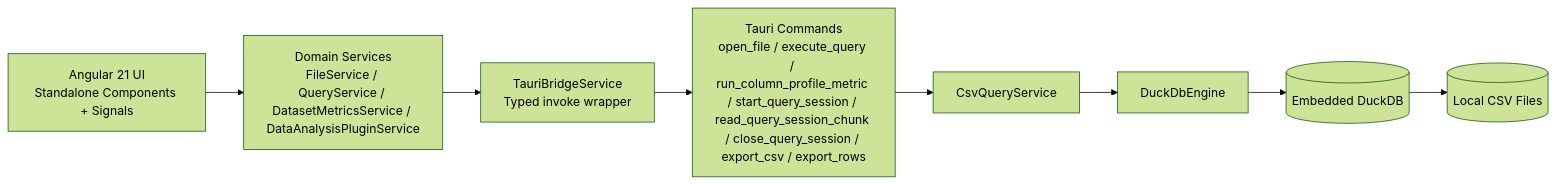
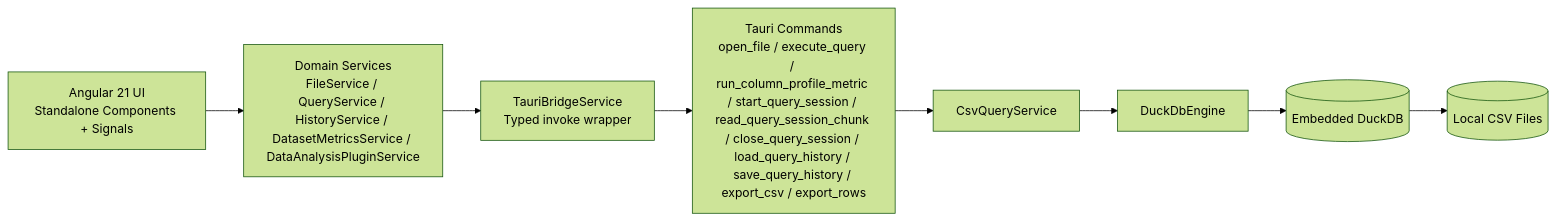
The diagram in docs/architecture.md (karoc123/tapir-query), drawn with Mermaid (forest theme) before and after one commit. The commit also changed other lines of this file and 21 other files, not shown here.

Commit message:
feat: implement query history management

````diff
--- a/docs/architecture.md
+++ b/docs/architecture.md
@@ -16,10 +16,10 @@
 ```mermaid
 flowchart LR
-  UI[Angular 21 UI<br/>Standalone Components + Signals] --> Domain[Domain Services<br/>FileService / QueryService / DatasetMetricsService / DataAnalysisPluginService]
+  UI[Angular 21 UI<br/>Standalone Components + Signals] --> Domain[Domain Services<br/>FileService / QueryService / HistoryService / DatasetMetricsService / DataAnalysisPluginService]
   Domain --> Bridge[TauriBridgeService<br/>Typed invoke wrapper]
-  Bridge --> Cmd[Tauri Commands<br/>open_file / execute_query / run_column_profile_metric / start_query_session / read_query_session_chunk / close_query_session / export_csv / export_rows]
+  Bridge --> Cmd[Tauri Commands<br/>open_file / execute_query / run_column_profile_metric / start_query_session / read_query_session_chunk / close_query_session / load_query_history / save_query_history / export_csv / export_rows]
   Cmd --> Svc[CsvQueryService]
   Svc --> Engine[DuckDbEngine]
   Engine --> DuckDB[(Embedded DuckDB)]
   DuckDB --> CSV[(Local CSV Files)]
 ```
````
